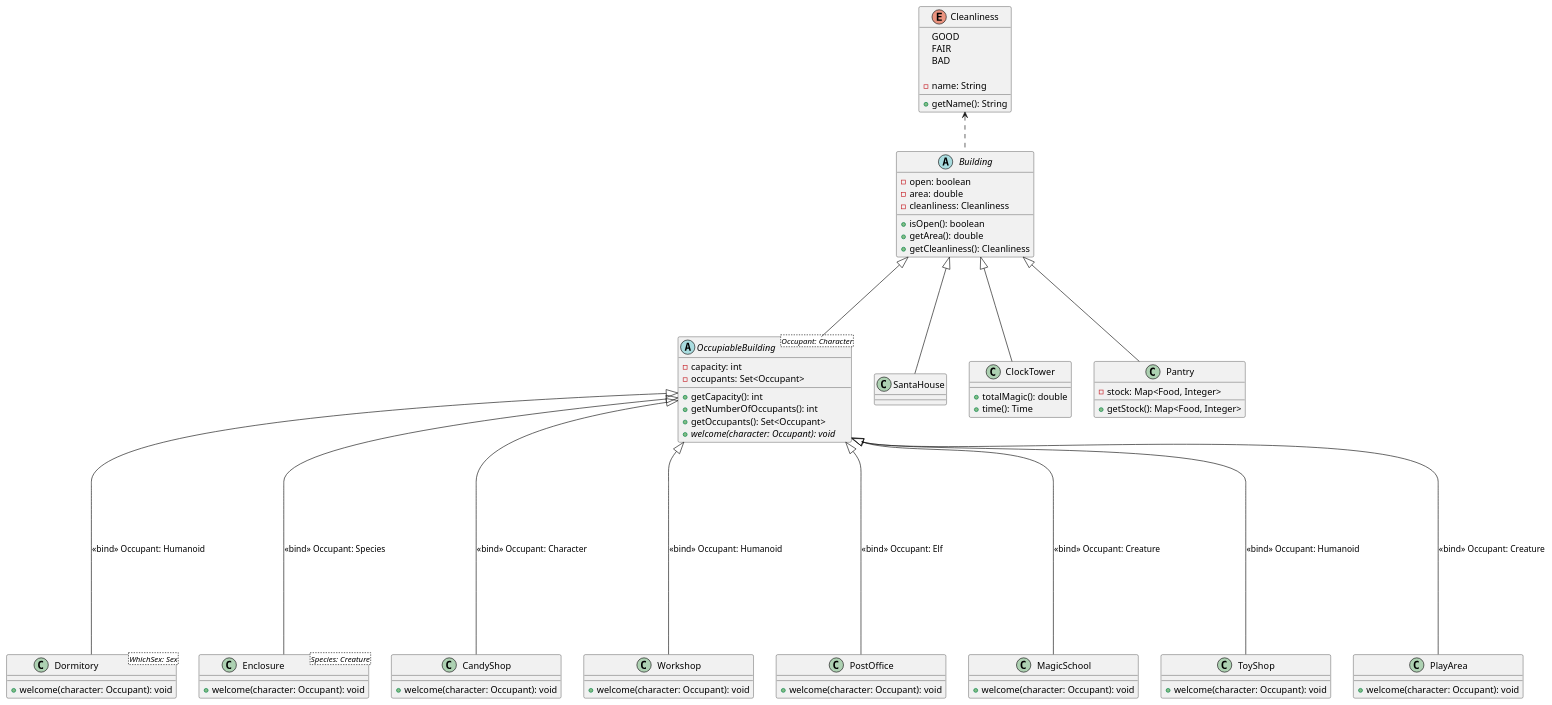
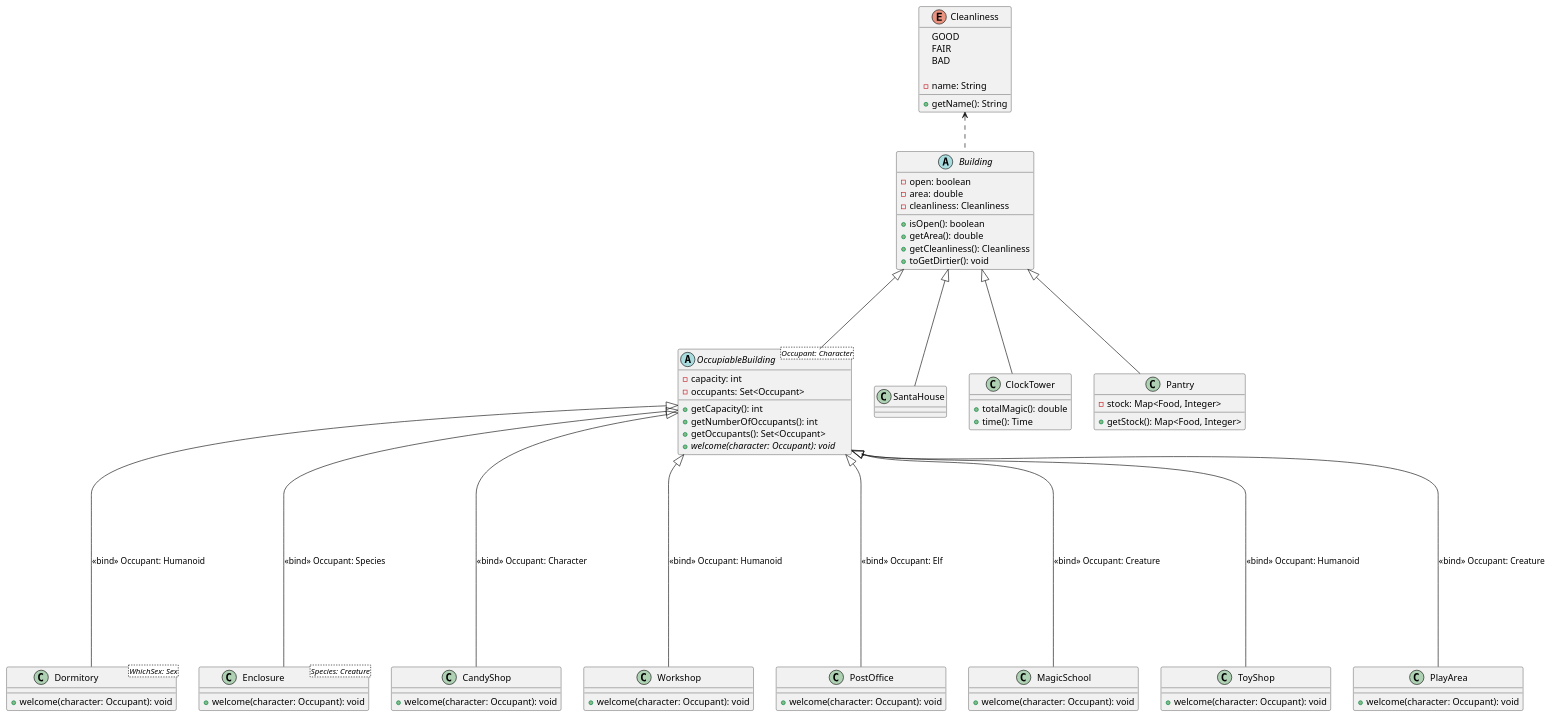
Before and after one commit to Alexandre-SBEGHEN/BUT-R3.04-Santa-Village: the diagram in docs/diagram/class/building.puml, drawn with PlantUML. The commit also changed 2 other files, not shown here.

```diff
--- a/docs/diagram/class/building.puml
+++ b/docs/diagram/class/building.puml
@@ -1,106 +1,107 @@
 @startuml
 
 /'
     Liaisons
 '/
 
 Cleanliness <.. Building
 
 SantaHouse --up-|> Building
 ClockTower --up-|> Building
 Pantry --up-|> Building
 OccupiableBuilding --up-|> Building
 
 Dormitory -----up-|> OccupiableBuilding : <<bind>> Occupant: Humanoid
 Enclosure -----up-|> OccupiableBuilding : <<bind>> Occupant: Species
 CandyShop -----up-|> OccupiableBuilding : <<bind>> Occupant: Character
 Workshop -----up-|> OccupiableBuilding : <<bind>> Occupant: Humanoid
 PostOffice -----up-|> OccupiableBuilding : <<bind>> Occupant: Elf
 MagicSchool -----up-|> OccupiableBuilding : <<bind>> Occupant: Creature
 ToyShop -----up-|> OccupiableBuilding : <<bind>> Occupant: Humanoid
 PlayArea -----up-|> OccupiableBuilding : <<bind>> Occupant: Creature
 
 /'
     Classes
 '/
 
 enum Cleanliness {
  GOOD
  FAIR
  BAD
 
  - name: String
 
  + getName(): String
 }
 
 ' Bâtiments qui n'accueillent pas
 
 abstract class Building {
  - open: boolean
  - area: double
  - cleanliness: Cleanliness
 
  + isOpen(): boolean
  + getArea(): double
  + getCleanliness(): Cleanliness
+ + toGetDirtier(): void
 }
 
 class SantaHouse
 
 class ClockTower {
  + totalMagic(): double
  + time(): Time
 }
 
 class Pantry {
  - stock: Map<Food, Integer>
 
  + getStock(): Map<Food, Integer>
 }
 
 ' Bâtiments qui accueillent
 
 abstract OccupiableBuilding<Occupant: Character> {
  - capacity: int
  - occupants: Set<Occupant>
 
  + getCapacity(): int
  + getNumberOfOccupants(): int
  + getOccupants(): Set<Occupant>
  + {abstract} welcome(character: Occupant): void
 }
 
 class Dormitory<WhichSex: Sex> {
  + welcome(character: Occupant): void
 }
 
 class Enclosure<Species: Creature> {
  + welcome(character: Occupant): void
 }
 
 class CandyShop {
  + welcome(character: Occupant): void
 }
 
 class Workshop {
  + welcome(character: Occupant): void
 }
 
 class PostOffice {
  + welcome(character: Occupant): void
 }
 
 class MagicSchool {
  + welcome(character: Occupant): void
 }
 
 class ToyShop {
  + welcome(character: Occupant): void
 }
 
 class PlayArea {
  + welcome(character: Occupant): void
 }
 
 @enduml
```
